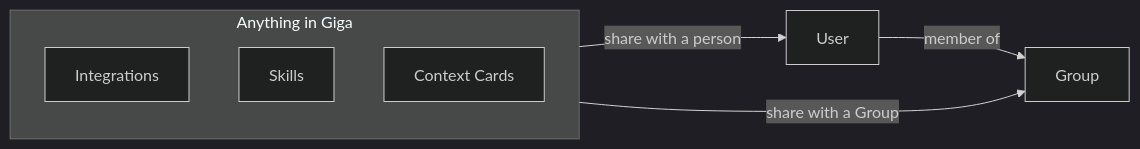
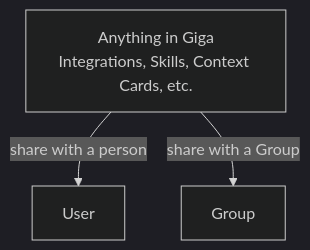
One commit to tonyennis145/documentationai-Docs changed the diagram in introduction.mdx. Above: the diagram before and after it, drawn with Mermaid (dark theme).

Commit message:
Intro: simplify sharing diagram (Anything in Giga -> User / Group)

````diff
--- a/introduction.mdx
+++ b/introduction.mdx
@@ -17,11 +17,6 @@
 ```mermaid
-graph LR
-    U[User] -->|member of| G[Group]
-    subgraph Items[Anything in Giga]
-        I1[Integrations]
-        I2[Skills]
-        I3[Context Cards]
-    end
-    Items -->|share with a Group| G
-    Items -->|share with a person| U
+graph TB
+    A["Anything in Giga<br/>Integrations, Skills, Context Cards, etc."]
+    A -->|share with a person| U[User]
+    A -->|share with a Group| G[Group]
 ```
````
